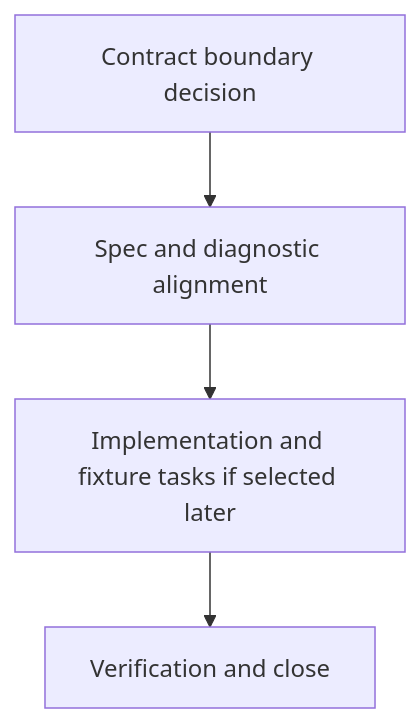
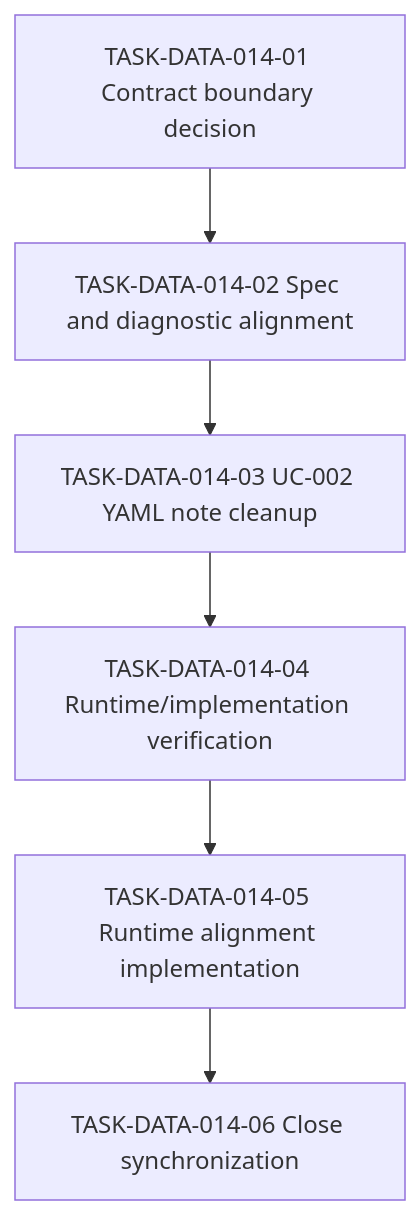
Before and after one commit to hiroshiasayadev-prog/brewprint: the diagram in docs/work-items/data/WORK-DATA-014-selector-support-matrix-and-object-dependent-vocabulary.md, drawn with Mermaid. The commit also changed other lines of this file and 35 other files, not shown here.

Commit message:
feat(data): close selector support matrix alignment

````diff
--- a/docs/work-items/data/WORK-DATA-014-selector-support-matrix-and-object-dependent-vocabulary.md
+++ b/docs/work-items/data/WORK-DATA-014-selector-support-matrix-and-object-dependent-vocabulary.md
@@ -55,8 +66,10 @@
 ```mermaid
 flowchart TD
-  T1["Contract boundary decision"]
-  T2["Spec and diagnostic alignment"]
-  T3["Implementation and fixture tasks if selected later"]
-  T4["Verification and close"]
-  T1 --> T2 --> T3 --> T4
+  T1["TASK-DATA-014-01 Contract boundary decision"]
+  T2["TASK-DATA-014-02 Spec and diagnostic alignment"]
+  T3["TASK-DATA-014-03 UC-002 YAML note cleanup"]
+  T4["TASK-DATA-014-04 Runtime/implementation verification"]
+  T5["TASK-DATA-014-05 Runtime alignment implementation"]
+  T6["TASK-DATA-014-06 Close synchronization"]
+  T1 --> T2 --> T3 --> T4 --> T5 --> T6
 ```
````
